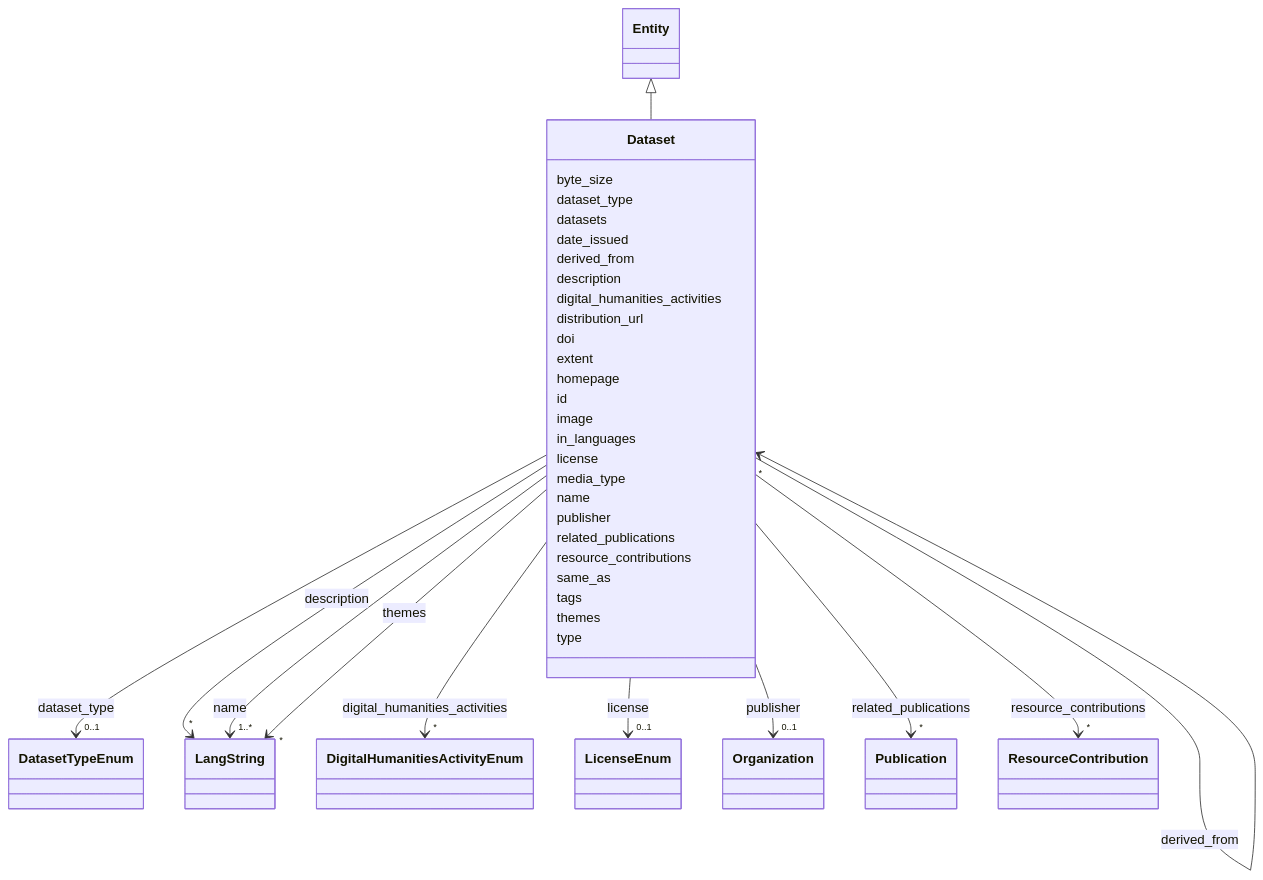
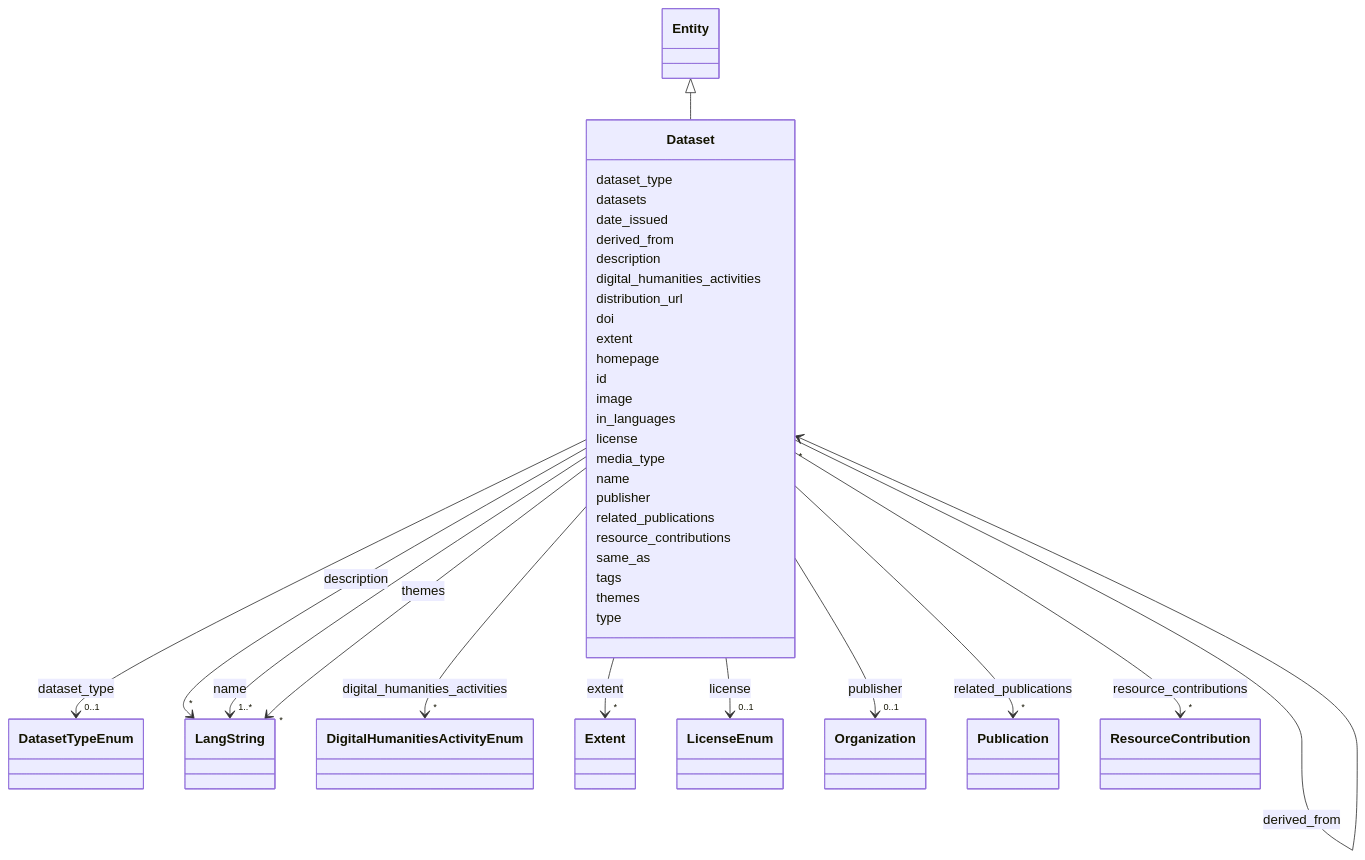
The diagram in docs/classes/Dataset.md (DARIAH-IL/idhi-manifests), drawn with Mermaid before and after one commit. The commit also changed other lines of this file and 26 other files, not shown here.

```diff
--- a/docs/classes/Dataset.md
+++ b/docs/classes/Dataset.md
@@ -28,8 +28,6 @@
 
       
 
-      Dataset : byte_size
-        
       Dataset : dataset_type
         
           
@@ -98,6 +96,17 @@
       Dataset : doi
         
       Dataset : extent
+        
+          
+    
+        
+        
+        Dataset --> "*" Extent : extent
+        
+        click Extent href "../../classes/Extent/"
+        
+    
+
         
       Dataset : homepage
         
```
